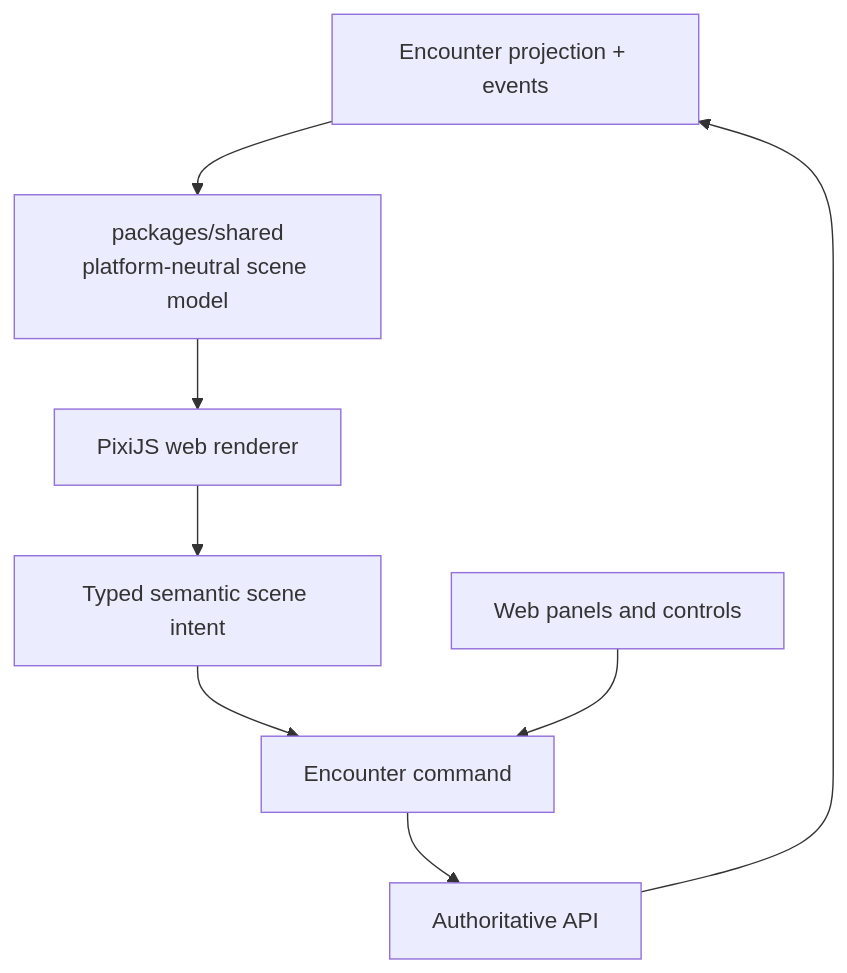
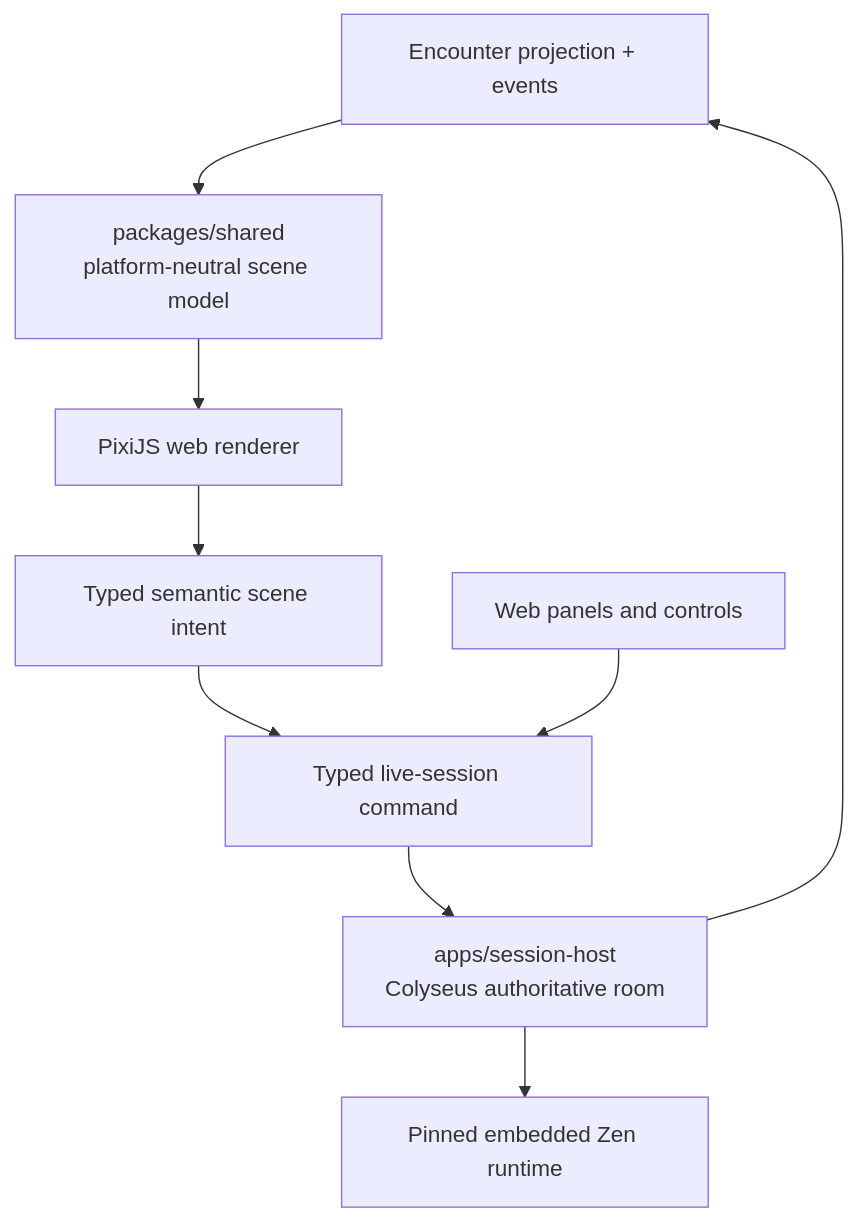
The diagram in docs/roadmap/08-vtt.md (MPiland/artificer-toolkit), drawn with Mermaid before and after one commit. The commit also changed other lines of this file and 369 other files, not shown here.

````diff
--- a/docs/roadmap/08-vtt.md
+++ b/docs/roadmap/08-vtt.md
@@ -37,11 +39,12 @@
 ```mermaid
 flowchart TD
   Encounter["Encounter projection + events"] --> Scene["packages/shared<br/>platform-neutral scene model"]
   Scene --> WebRenderer["PixiJS web renderer"]
   WebRenderer --> Intent["Typed semantic scene intent"]
-  Intent --> Command["Encounter command"]
-  Command --> API["Authoritative API"]
-  API --> Encounter
+  Intent --> Command["Typed live-session command"]
+  Command --> Host["apps/session-host\nColyseus authoritative room"]
+  Host --> Encounter
+  Host --> Zen["Pinned embedded Zen runtime"]
 
   WebUI["Web panels and controls"] --> Command
 ```
````
